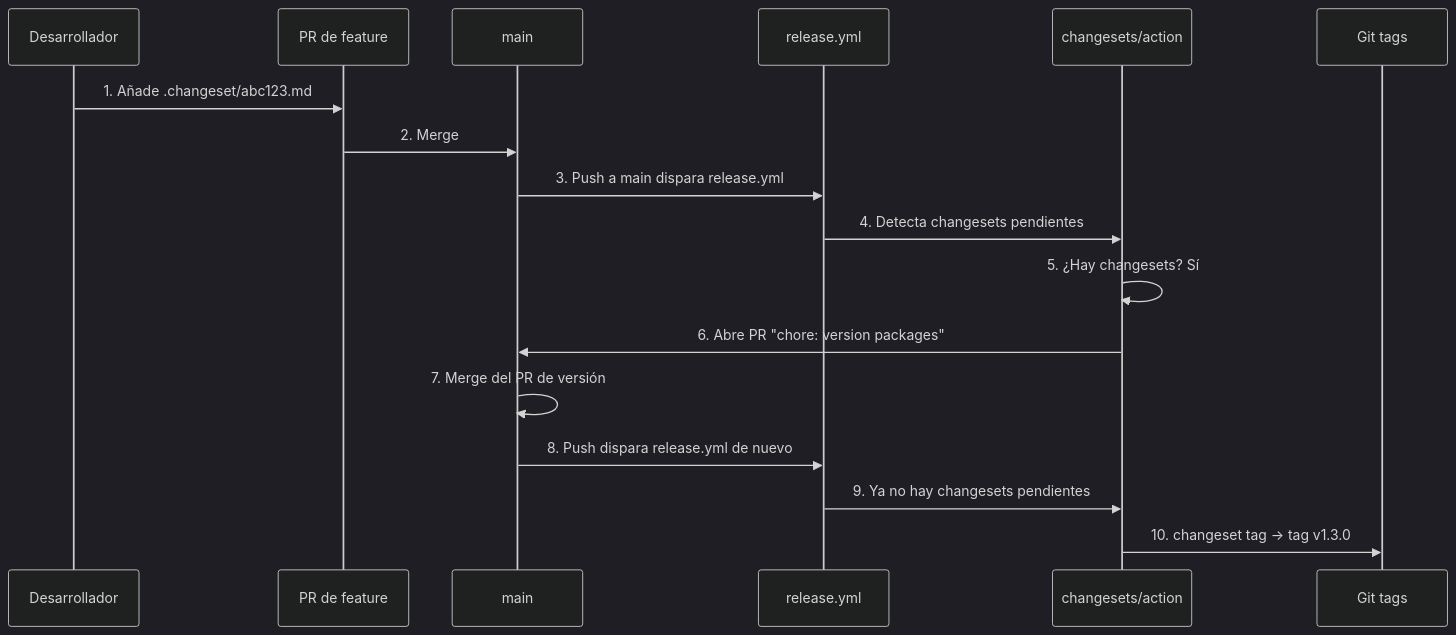
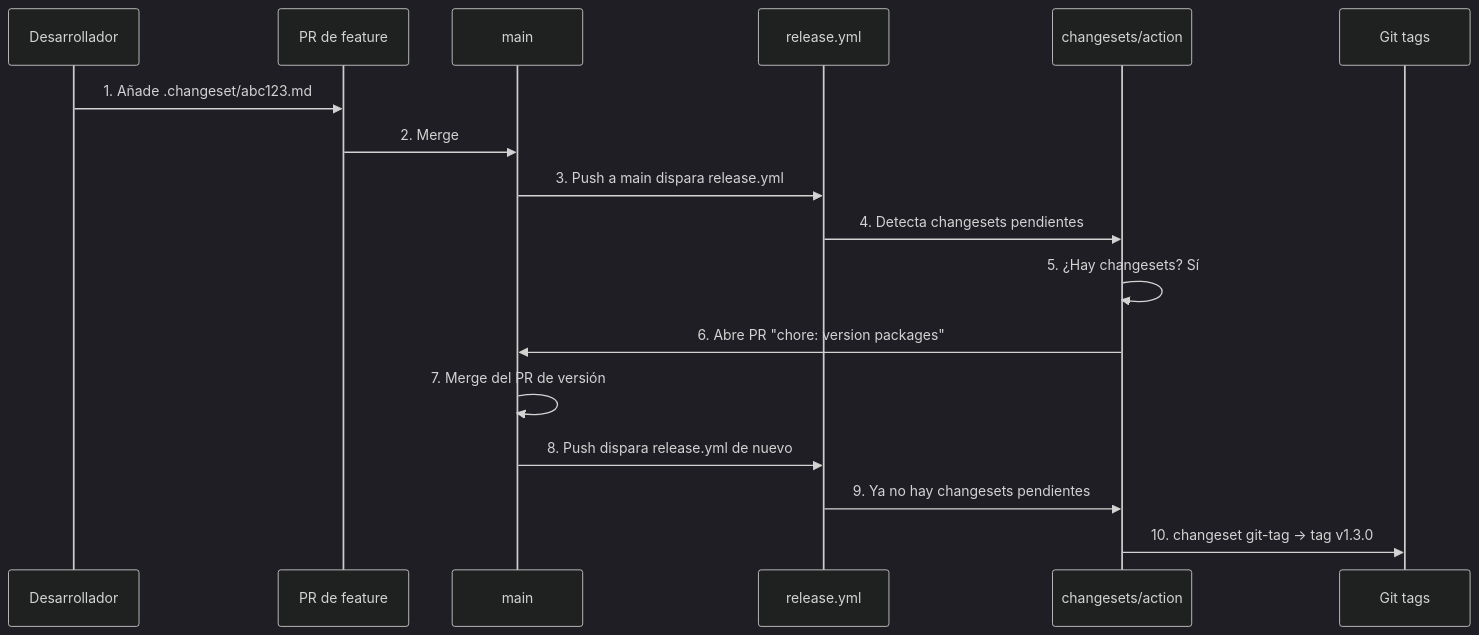
Before and after one commit to Freelancer-soluctions/Project-one: the second of 2 diagrams in docs/learning/ci-cd/17-changesets-release-yml.md, drawn with Mermaid (dark theme). The commit also changed other lines of this file and 186 other files, not shown here.

````diff
--- a/docs/learning/ci-cd/17-changesets-release-yml.md
+++ b/docs/learning/ci-cd/17-changesets-release-yml.md
@@ -417,20 +418,20 @@
 ```mermaid
 sequenceDiagram
     participant Dev as Desarrollador
     participant PR as PR de feature
     participant Main as main
     participant Rel as release.yml
     participant Bot as changesets/action
     participant Git as Git tags
 
     Dev->>PR: 1. Añade .changeset/abc123.md
     PR->>Main: 2. Merge
     Main->>Rel: 3. Push a main dispara release.yml
     Rel->>Bot: 4. Detecta changesets pendientes
     Bot->>Bot: 5. ¿Hay changesets? Sí
     Bot->>Main: 6. Abre PR "chore: version packages"
     Main->>Main: 7. Merge del PR de versión
     Main->>Rel: 8. Push dispara release.yml de nuevo
     Rel->>Bot: 9. Ya no hay changesets pendientes
-    Bot->>Git: 10. changeset tag → tag v1.3.0
+    Bot->>Git: 10. changeset git-tag → tag v1.3.0
 ```
````
